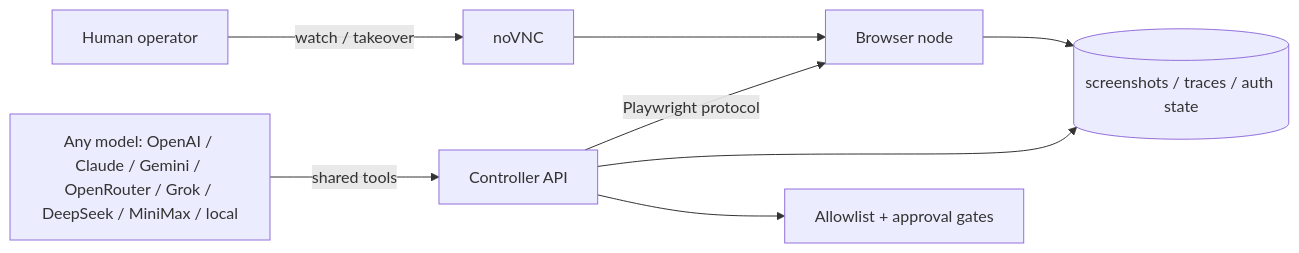
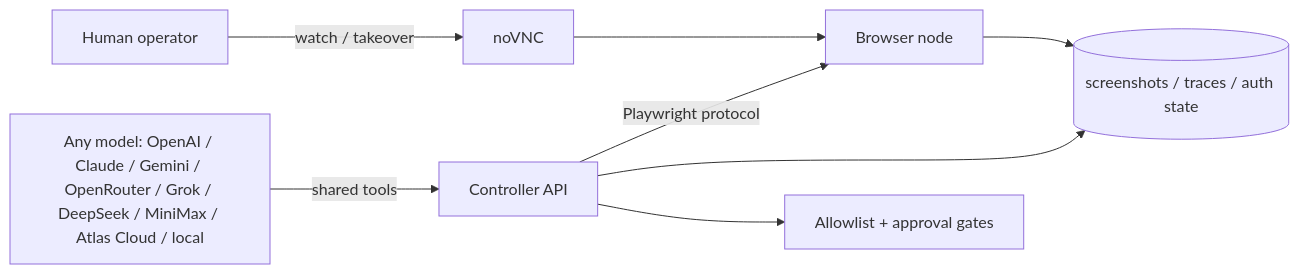
One commit to LvcidPsyche/auto-browser changed the diagram in README.md. Above: the diagram before and after it, drawn with Mermaid. The commit also changed other lines of this file and 9 other files, not shown here.

Commit message:
feat: add Atlas Cloud provider

````diff
--- a/README.md
+++ b/README.md
@@ -232,10 +232,10 @@
 ```mermaid
 flowchart LR
     User[Human operator] -->|watch / takeover| noVNC[noVNC]
-    LLM[Any model: OpenAI / Claude / Gemini / OpenRouter / Grok / DeepSeek / MiniMax / local] -->|shared tools| Controller[Controller API]
+    LLM[Any model: OpenAI / Claude / Gemini / OpenRouter / Grok / DeepSeek / MiniMax / Atlas Cloud / local] -->|shared tools| Controller[Controller API]
     Controller -->|Playwright protocol| Browser[Browser node]
     noVNC --> Browser
     Browser --> Artifacts[(screenshots / traces / auth state)]
     Controller --> Artifacts
     Controller --> Policy[Allowlist + approval gates]
 ```
````
